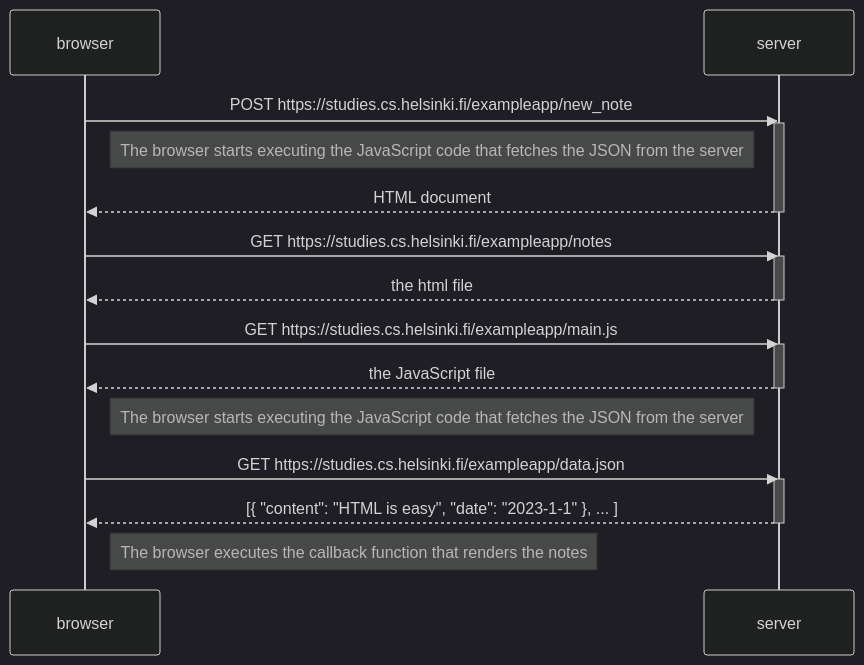
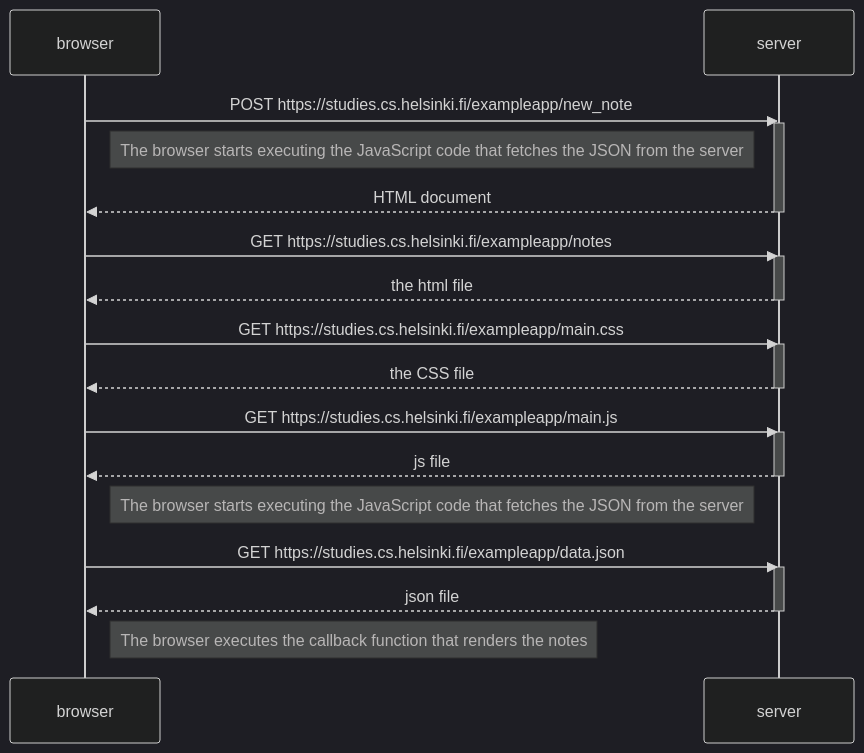
The diagram in 0.4.md (LeoKay-J/FullStackOpen), drawn with Mermaid (dark theme) before and after one commit.

Commit message:
update 5 0.4

````diff
--- a/0.4.md
+++ b/0.4.md
@@ -2,30 +2,36 @@
 ```Mermaid
 sequenceDiagram
     participant browser
     participant server
 
     browser->>server: POST https://studies.cs.helsinki.fi/exampleapp/new_note
     activate server
     Note left of server: The browser starts executing the JavaScript code that fetches the JSON from the server
     server-->>browser: HTML document
     deactivate server
 
     browser->>server: GET https://studies.cs.helsinki.fi/exampleapp/notes
     activate server
     server-->>browser: the html file
     deactivate server
 
+    browser->>server: GET https://studies.cs.helsinki.fi/exampleapp/main.css
+    activate server
+    server-->>browser: the CSS file
+    deactivate server
+ 
+
     browser->>server: GET https://studies.cs.helsinki.fi/exampleapp/main.js
     activate server
-    server-->>browser: the JavaScript file
+    server-->>browser: js file
     deactivate server
- 
+
     Note right of browser: The browser starts executing the JavaScript code that fetches the JSON from the server
 
-    browser->>server: GET https://studies.cs.helsinki.fi/exampleapp/data.json
+        browser->>server: GET https://studies.cs.helsinki.fi/exampleapp/data.json
     activate server
-    server-->>browser: [{ "content": "HTML is easy", "date": "2023-1-1" }, ... ]
+    server-->>browser: json file
     deactivate server
 
     Note right of browser: The browser executes the callback function that renders the notes
 ```
````
